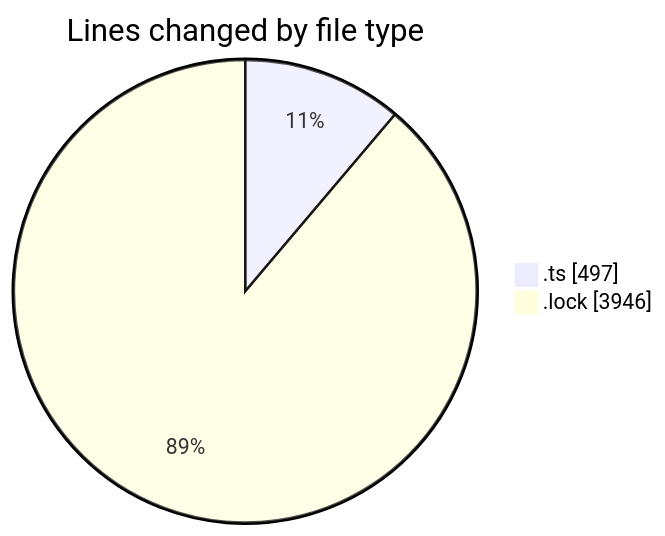
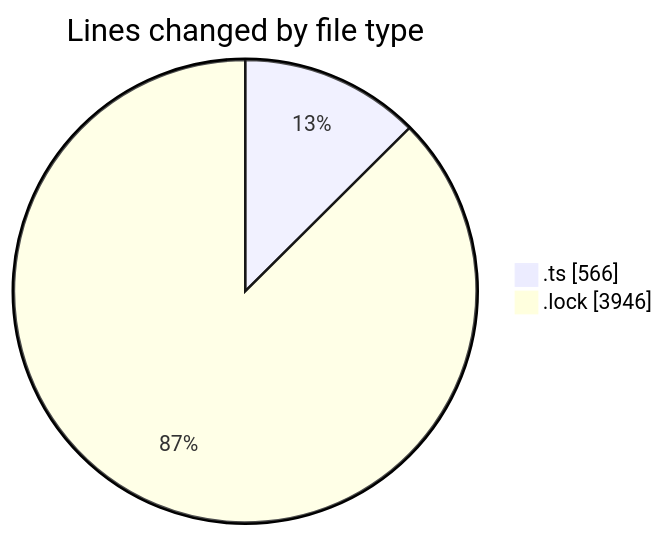
Before and after one commit to momahboobian/code-tracking: the first of 2 diagrams in 2025-08-19/cda/README.md, drawn with Mermaid. The commit also changed other lines of this file and 1 other file, not shown here.

````diff
--- a/2025-08-19/cda/README.md
+++ b/2025-08-19/cda/README.md
@@ -24,6 +24,6 @@
 ```mermaid
 pie showData
 title Lines changed by file type
-".ts" : 497
+".ts" : 566
 ".lock" : 3946
 ```
````
